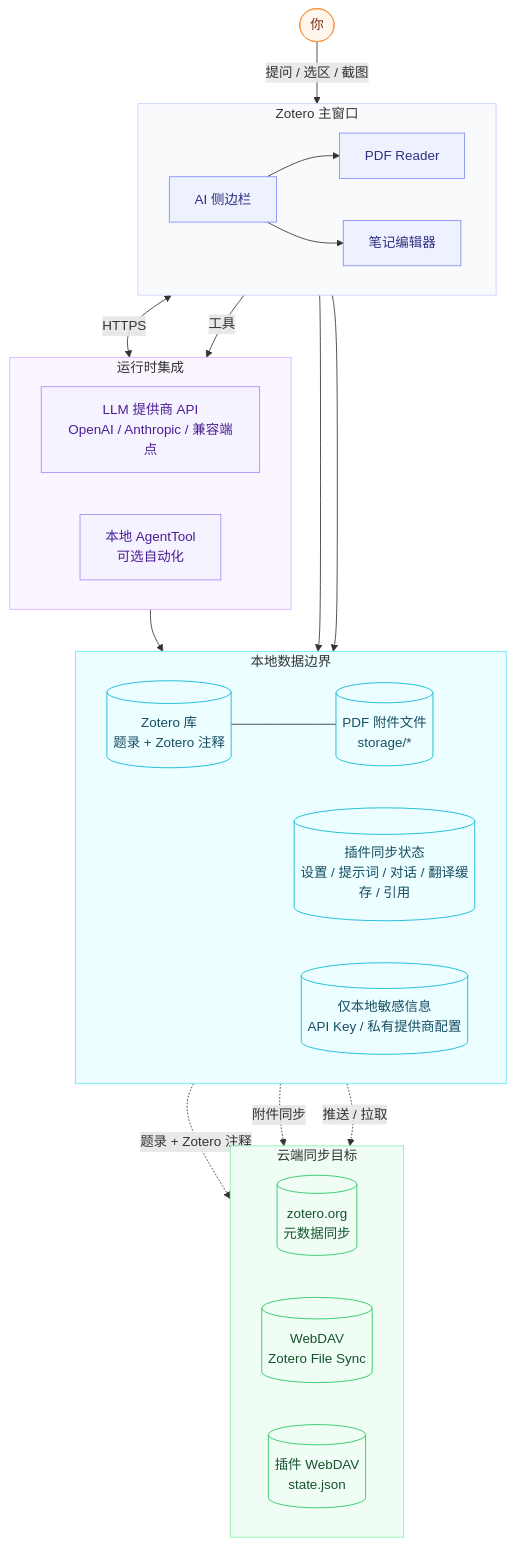
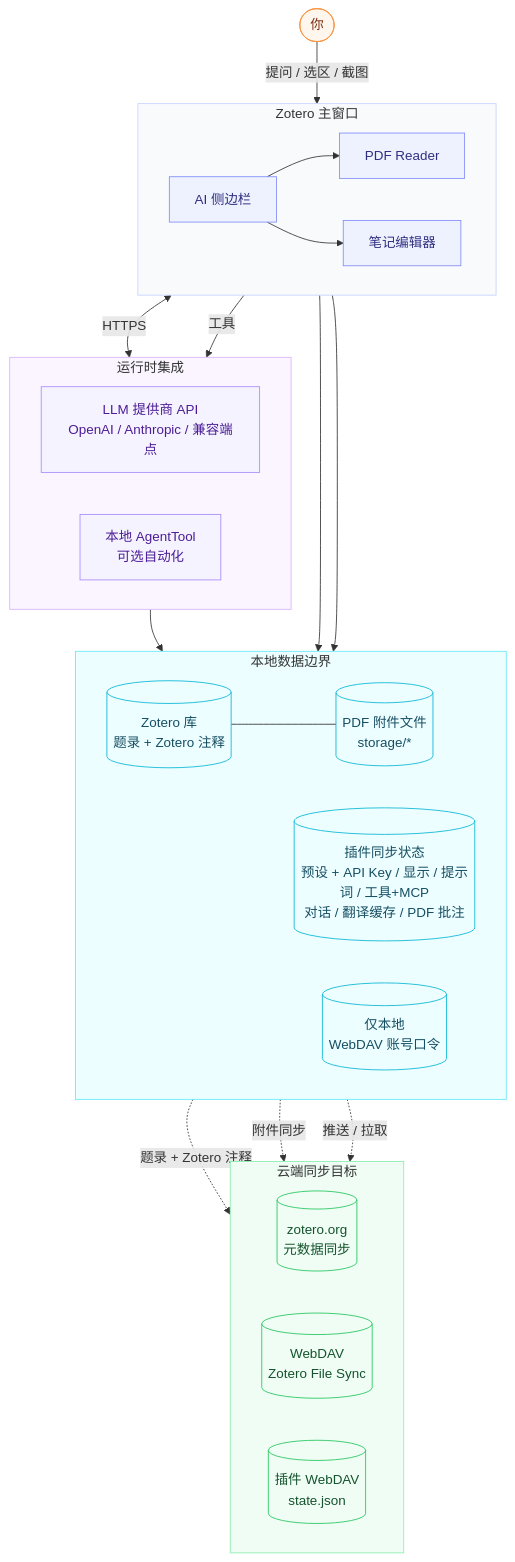
One commit to zhi-11/zotero-ai-sidebar changed the first of 2 diagrams in README.zh-CN.md. Above: the diagram before and after it, drawn with Mermaid. The commit also changed other lines of this file and 3 other files, not shown here.

````diff
--- a/README.zh-CN.md
+++ b/README.zh-CN.md
@@ -110,61 +111,61 @@
 ```mermaid
 flowchart TB
     User([你])
 
     subgraph UI[Zotero 主窗口]
         direction LR
         Side[AI 侧边栏]
         PDF[PDF Reader]
         Note[笔记编辑器]
         Side --> PDF
         Side --> Note
     end
 
     subgraph Local[本地数据边界]
         direction LR
         Core[(Zotero 库<br/>题录 + Zotero 注释)]
         Files[(PDF 附件文件<br/>storage/*)]
-        PluginState[(插件同步状态<br/>设置 / 提示词 / 对话 / 翻译缓存 / 引用)]
-        Secrets[(仅本地敏感信息<br/>API Key / 私有提供商配置)]
+        PluginState[(插件同步状态<br/>预设 + API Key / 显示 / 提示词 / 工具+MCP<br/>对话 / 翻译缓存 / PDF 批注)]
+        Secrets[(仅本地<br/>WebDAV 账号口令)]
     end
 
     subgraph Runtime[运行时集成]
         direction LR
         Provider[LLM 提供商 API<br/>OpenAI / Anthropic / 兼容端点]
         Tools[本地 AgentTool<br/>可选自动化]
     end
 
     subgraph Cloud[云端同步目标]
         direction LR
         ZoteroOrg[(zotero.org<br/>元数据同步)]
         FileDAV[(WebDAV<br/>Zotero File Sync)]
         PluginDAV[(插件 WebDAV<br/>state.json)]
     end
 
     User -->|提问 / 选区 / 截图| Side
     Side <-->|HTTPS| Provider
     Side -->|工具| Tools
     Tools --> Core
     Side --> Secrets
     Side --> PluginState
     Core --- Files
 
     Core -.题录 + Zotero 注释.-> ZoteroOrg
     Files -.附件同步.-> FileDAV
     PluginState -.推送 / 拉取.-> PluginDAV
 
     classDef actor fill:#fff7ed,stroke:#fb923c,color:#7c2d12,stroke-width:1px;
     classDef zotero fill:#eef2ff,stroke:#818cf8,color:#312e81,stroke-width:1px;
     classDef local fill:#ecfeff,stroke:#06b6d4,color:#164e63,stroke-width:1px;
     classDef runtime fill:#f5f3ff,stroke:#a78bfa,color:#4c1d95,stroke-width:1px;
     classDef cloud fill:#f0fdf4,stroke:#22c55e,color:#14532d,stroke-width:1px;
     class User actor;
     class Side,PDF,Note zotero;
     class Core,Files,PluginState,Secrets local;
     class Provider,Tools runtime;
     class ZoteroOrg,FileDAV,PluginDAV cloud;
     style UI fill:#f8fafc,stroke:#c7d2fe,stroke-width:1px
     style Local fill:#ecfeff,stroke:#67e8f9,stroke-width:1px
     style Runtime fill:#faf5ff,stroke:#d8b4fe,stroke-width:1px
     style Cloud fill:#f0fdf4,stroke:#86efac,stroke-width:1px
 ```
````
